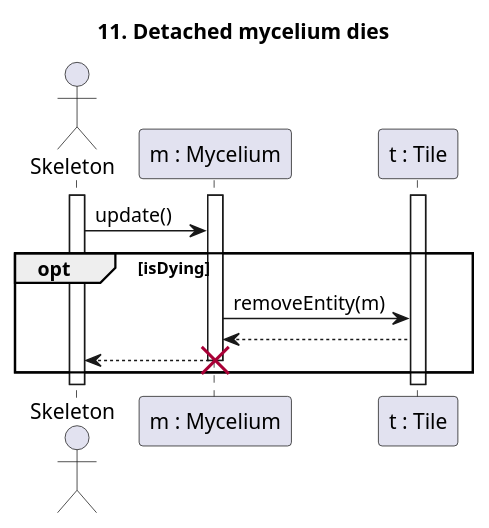
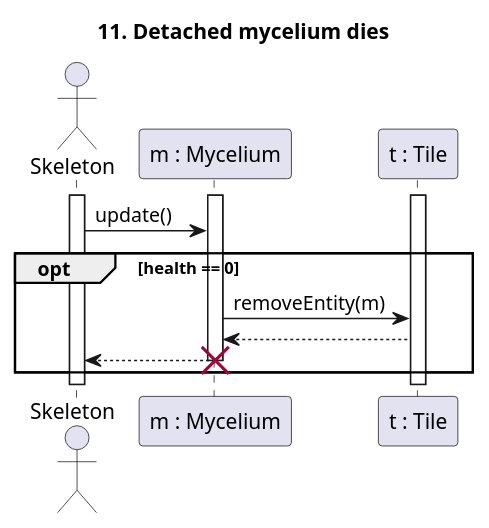
The diagram in diagrams/diagramFiles/SQ11_MyceliumDies.puml (Harcipan/Projlab_nullpointerexception), drawn with PlantUML before and after one commit. The commit also changed 6 other files, not shown here.

Commit message:
added new resuirements to sequence diagrams

```diff
--- a/diagrams/diagramFiles/SQ11_MyceliumDies.puml
+++ b/diagrams/diagramFiles/SQ11_MyceliumDies.puml
@@ -1,24 +1,24 @@
 @startuml 11. Detached mycelium dies
 
 title 11. Detached mycelium dies
 
 actor "Skeleton" as S
 participant "m : Mycelium" as T
 participant "t : Tile" as Tl
 
 activate T
 activate S
 activate Tl
 
 S -> T : update()
-opt isDying
+opt health == 0
     T -> Tl : removeEntity(m)
     Tl --> T
     T --> S
 
 destroy T
 
 end
 
 
 @enduml
```
